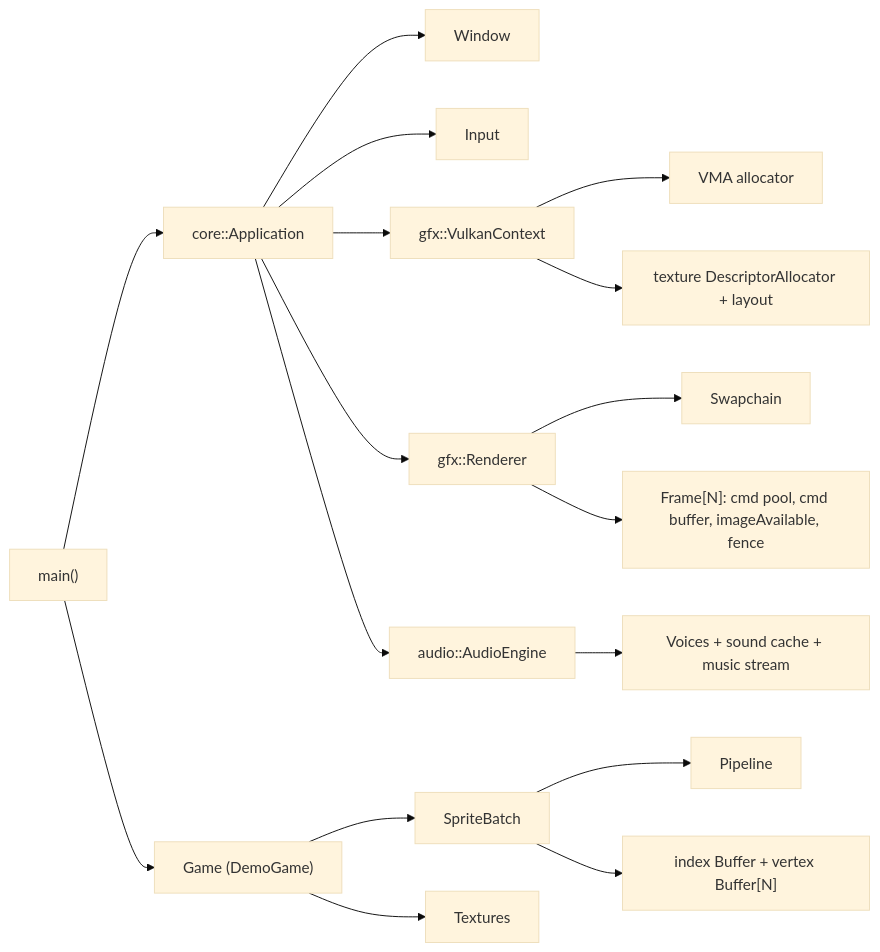
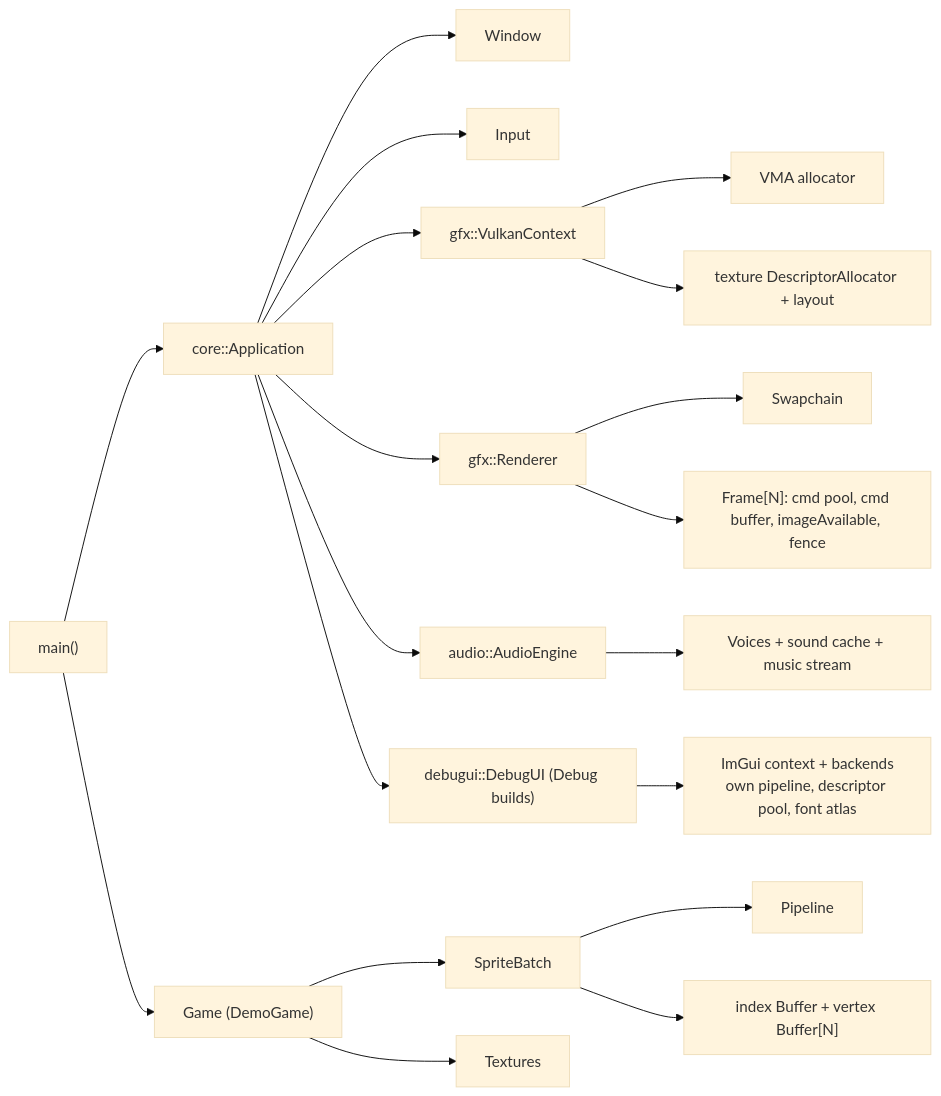
The fourth of 9 diagrams in docs/ARCHITECTURE.md (Chuck5ta/2DBaseFramework), drawn with Mermaid (base theme) before and after one commit. The commit also changed other lines of this file and 12 other files, not shown here.

````diff
--- a/docs/ARCHITECTURE.md
+++ b/docs/ARCHITECTURE.md
@@ -275,19 +340,21 @@
 ```mermaid
 flowchart LR
     main["main()"] --> app["core::Application"]
     main --> g["Game (DemoGame)"]
     app --> win["Window"]
     app --> inp["Input"]
     app --> ctx["gfx::VulkanContext"]
     app --> ren["gfx::Renderer"]
     app --> aud["audio::AudioEngine"]
+    app --> dbg["debugui::DebugUI (Debug builds)"]
+    dbg --> imgui["ImGui context + backends<br/>own pipeline, descriptor pool, font atlas"]
     aud --> voices["Voices + sound cache + music stream"]
     ren --> sc["Swapchain"]
     ren --> fr["Frame[N]: cmd pool, cmd buffer, imageAvailable, fence"]
     ctx --> vma["VMA allocator"]
     ctx --> tds["texture DescriptorAllocator + layout"]
     g --> sb["SpriteBatch"]
     g --> tex["Textures"]
     sb --> pipe["Pipeline"]
     sb --> bufs["index Buffer + vertex Buffer[N]"]
 ```
````
